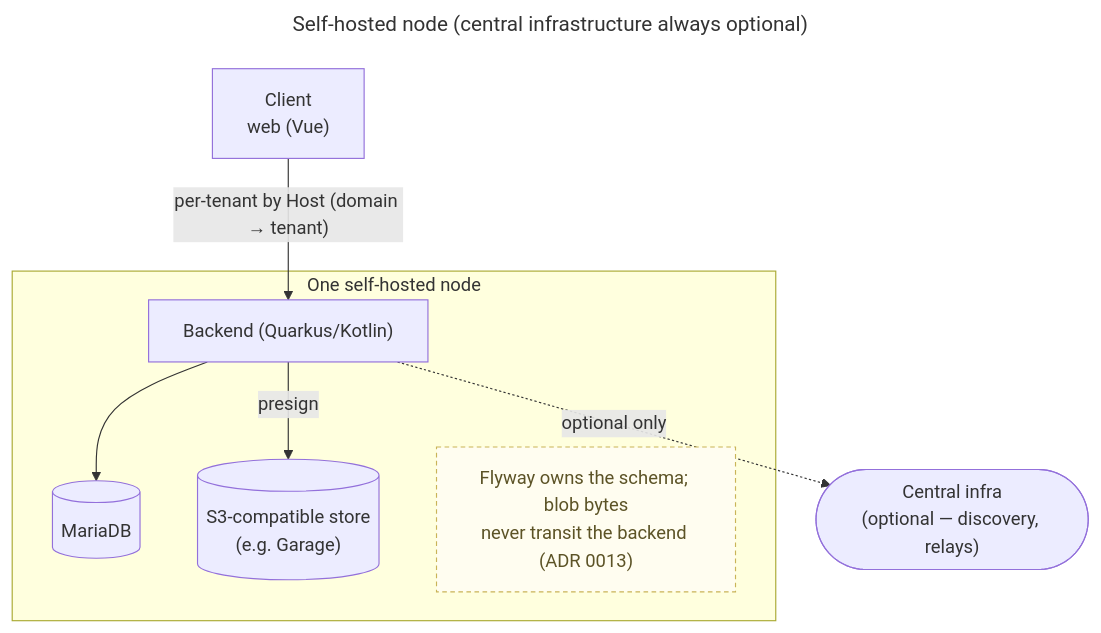
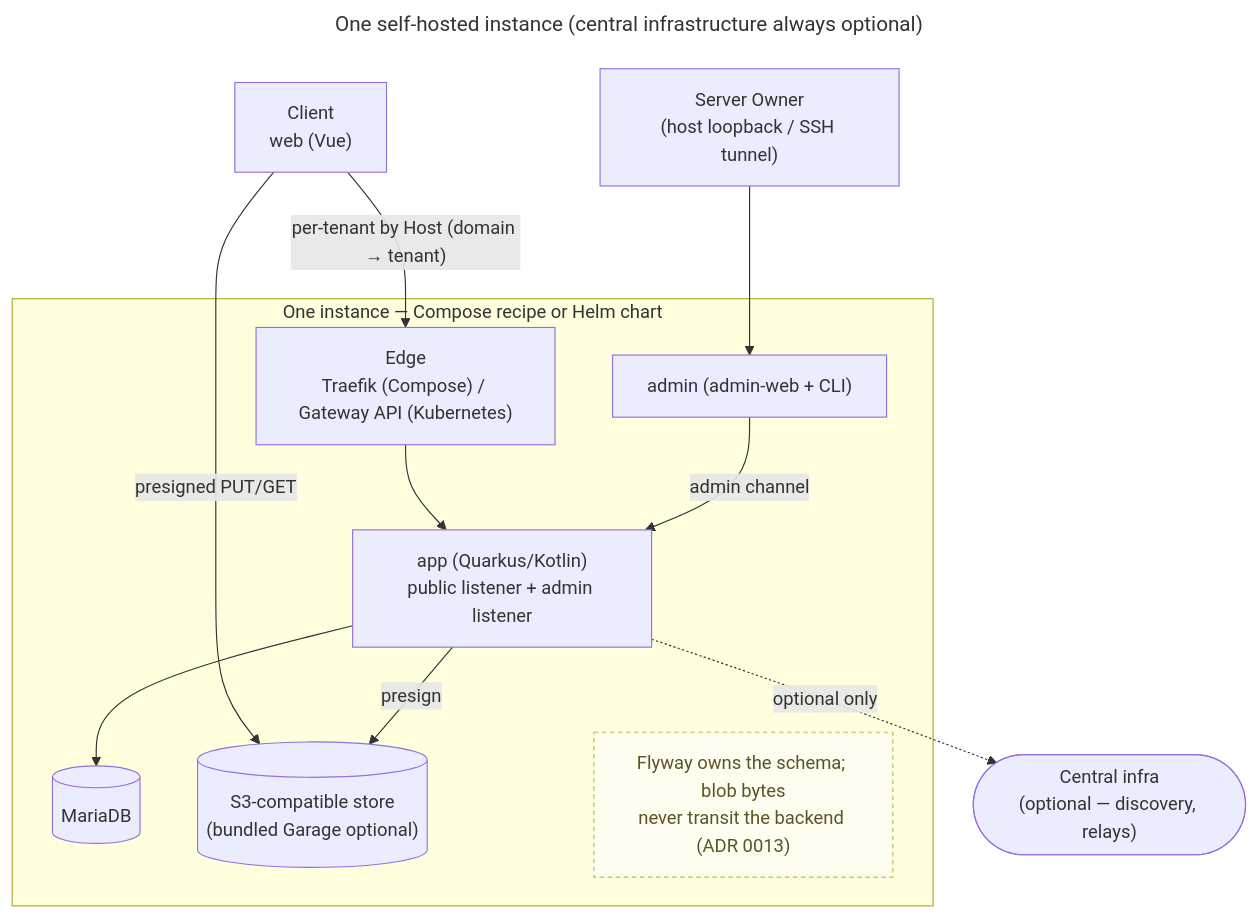
One commit to raddatzk/veyq changed the third of 3 diagrams in docs/architecture/README.md. Above: the diagram before and after it, drawn with Mermaid. The commit also changed other lines of this file and 27 other files, not shown here.

````diff
--- a/docs/architecture/README.md
+++ b/docs/architecture/README.md
@@ -174,22 +174,29 @@
 ```mermaid
 ---
-title: Self-hosted node (central infrastructure always optional)
+title: One self-hosted instance (central infrastructure always optional)
 ---
 flowchart TB
   C["Client<br>web (Vue)"]
-  subgraph N["One self-hosted node"]
-    B["Backend (Quarkus/Kotlin)"]
+  O["Server Owner<br>(host loopback / SSH tunnel)"]
+  subgraph N["One instance — Compose recipe or Helm chart"]
+    E["Edge<br>Traefik (Compose) / Gateway API (Kubernetes)"]
+    B["app (Quarkus/Kotlin)<br>public listener + admin listener"]
+    A["admin (admin-web + CLI)"]
     DB[("MariaDB")]
-    S[("S3-compatible store<br>(e.g. Garage)")]
+    S[("S3-compatible store<br>(bundled Garage optional)")]
     NB["Flyway owns the schema; blob bytes<br>never transit the backend (ADR 0013)"]
   end
   CI(["Central infra<br>(optional — discovery, relays)"])
 
-  C -->|"per-tenant by Host (domain → tenant)"| B
+  C -->|"per-tenant by Host (domain → tenant)"| E
+  E --> B
+  C -->|"presigned PUT/GET"| S
+  O --> A
+  A -->|"admin channel"| B
   B --> DB
   B -->|"presign"| S
   B -.->|"optional only"| CI
 
   classDef note fill:#fffdf0,stroke:#c9b458,stroke-dasharray:4 3,color:#5c5326
   class NB note
 ```
````
